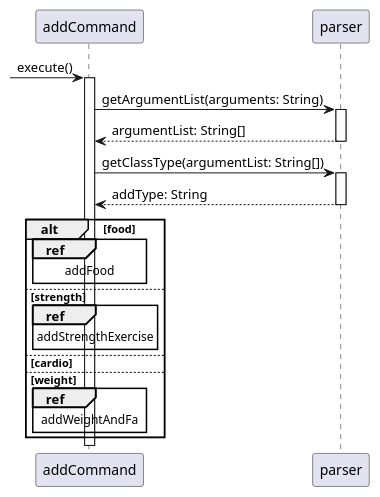
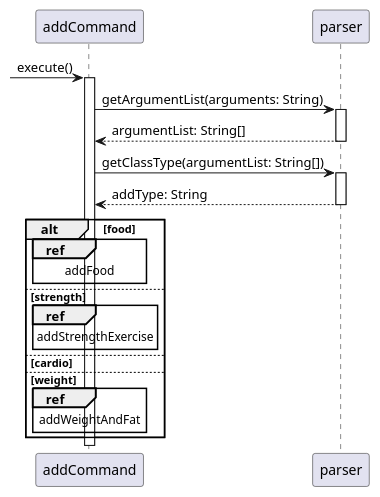
The diagram in docs/UmlDiagrams/Add.puml (nus-cs2113-AY2223S1/tp), drawn with PlantUML before and after one commit. The commit also changed 12 other files, not shown here.

```diff
--- a/docs/UmlDiagrams/Add.puml
+++ b/docs/UmlDiagrams/Add.puml
@@ -1,28 +1,28 @@
 @startuml
 'https://plantuml.com/sequence-diagram
 
 autoactivate on
 
 'Duke -> ui: input()
 'User --> ui: user input
 'Duke <-- ui: user input
 
 
 -> addCommand: execute()
 addCommand -> parser: getArgumentList(arguments: String)
 return argumentList: String[]
 addCommand -> parser: getClassType(argumentList: String[])
 return addType: String
 
 alt food
     ref over addCommand: addFood
 else strength
     ref over addCommand: addStrengthExercise
 else cardio
 
 else weight
-    ref over addCommand: addWeightAndFa
+    ref over addCommand: addWeightAndFat
 
 end
 
 @enduml
```
